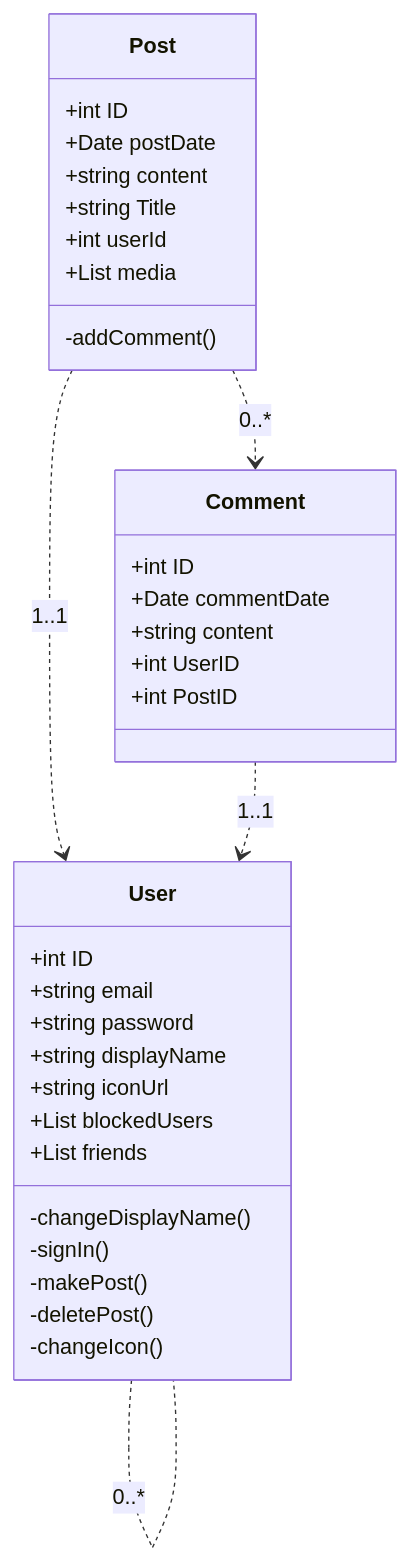
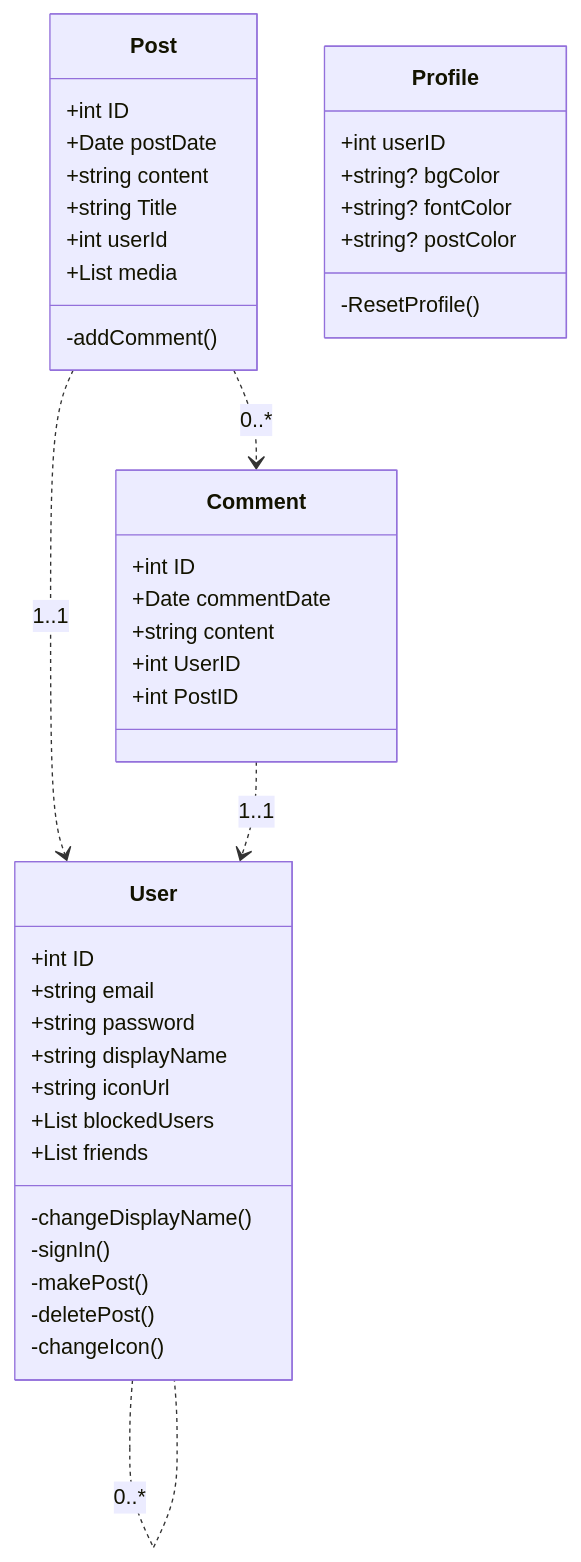
Before and after one commit to nora-hansen/blogging-site: the diagram in BlogAPI/docs/er-diagram.md, drawn with Mermaid. The commit also changed 2 other files, not shown here.

Commit message:
Post PUT works

````diff
--- a/BlogAPI/docs/er-diagram.md
+++ b/BlogAPI/docs/er-diagram.md
@@ -1,35 +1,41 @@
 ```mermaid
 classDiagram
 	User : +int ID
 	User : +string email
 	User : +string password
 	User : +string displayName
 	User : +string iconUrl
 	User : +List blockedUsers
 	User : +List friends
 	User : -changeDisplayName()
 	User : -signIn()
 	User : -makePost()
 	User : -deletePost()
 	User : -changeIcon()
 
 	Post : +int ID
 	Post : +Date postDate
 	Post : +string content
 	Post : +string Title
 	Post : +int userId
 	Post : +List media 
 	Post : -addComment()
 
 	Comment : +int ID
 	Comment : +Date commentDate
 	Comment : +string content
 	Comment : +int UserID
 	Comment : +int PostID
+	
+	Profile : +int userID
+	Profile : +string? bgColor
+	Profile : +string? fontColor
+	Profile : +string? postColor
+	Profile : -ResetProfile()
 
 	Post ..> User : 1..1
 	Comment ..> User : 1..1
 	Post ..> Comment : 0..*
 	User .. User : 0..*
 	User .. User : 0..*
 ```
````
